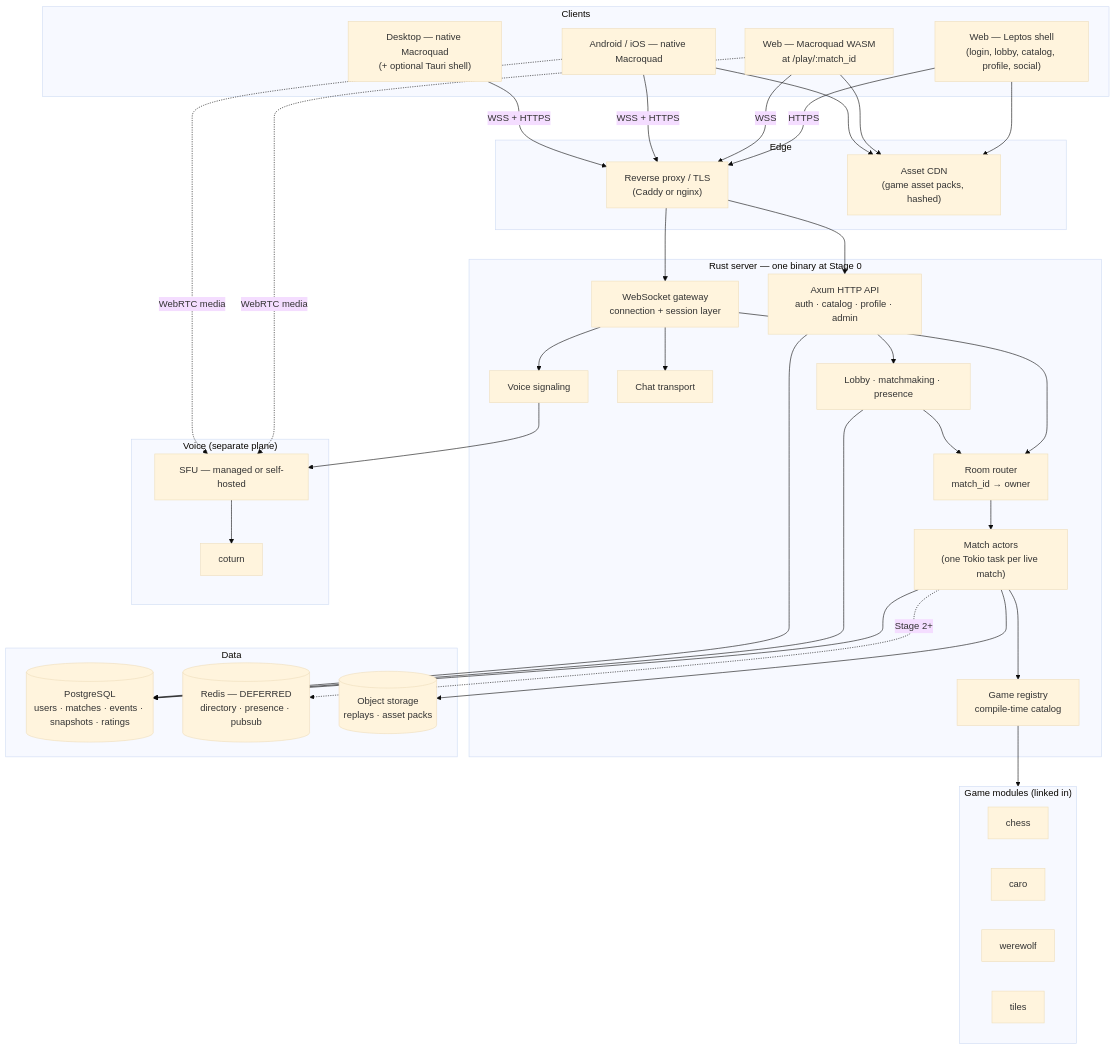
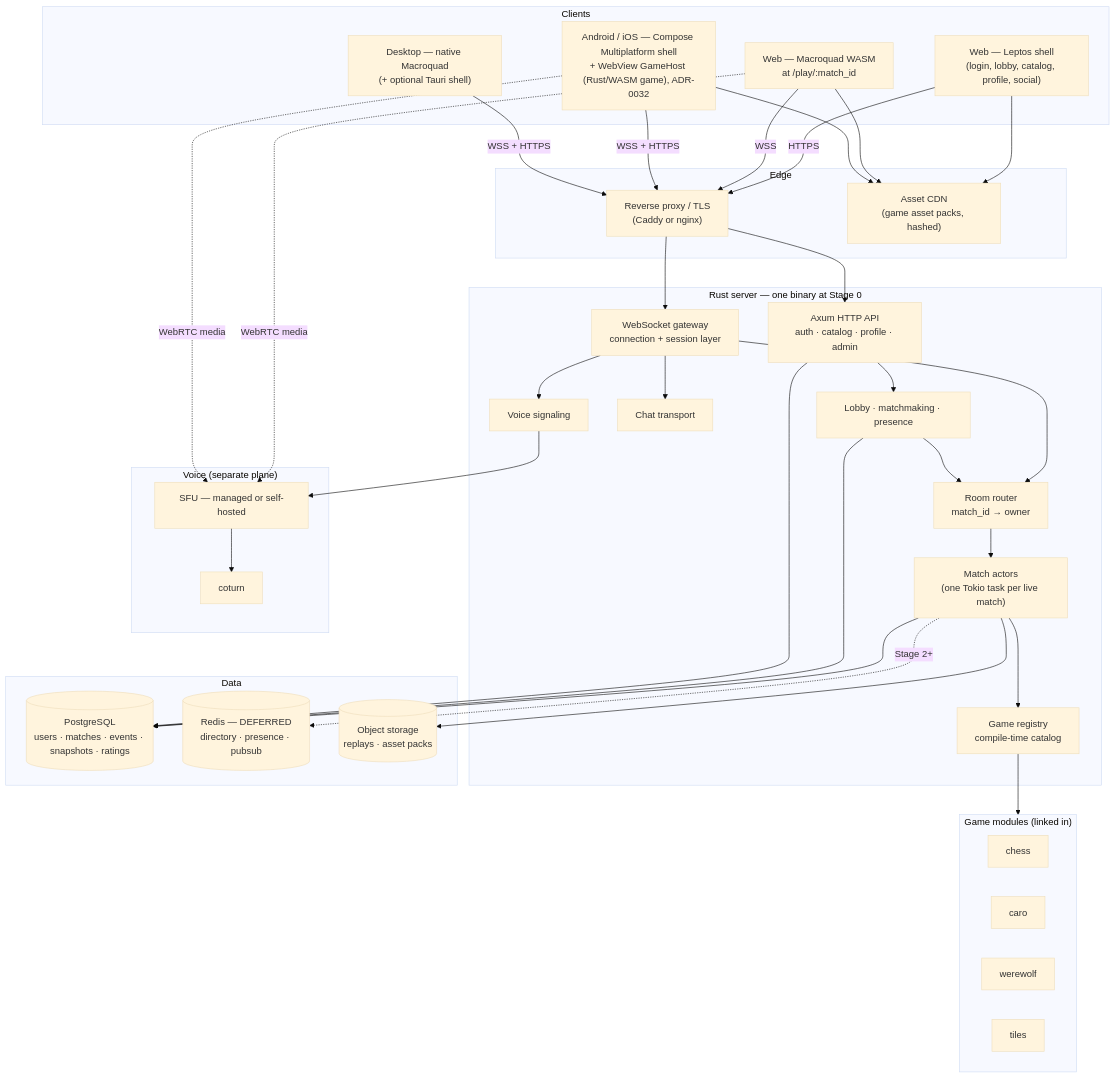
The fourth of 7 diagrams in docs/architecture/00-architecture-principles.md (loveoverflowcom/tabula), drawn with Mermaid (base theme) before and after one commit. The commit also changed other lines of this file and 45 other files, not shown here.

First line of the commit message:
feat(mobile): Compose Multiplatform mobile foundation (ADR-0032)

````diff
--- a/docs/architecture/00-architecture-principles.md
+++ b/docs/architecture/00-architecture-principles.md
@@ -485,68 +485,68 @@
 ```mermaid
 flowchart TB
     subgraph CLIENTS["Clients"]
         WEB["Web — Leptos shell<br/>(login, lobby, catalog, profile, social)"]
         WGAME["Web — Macroquad WASM<br/>at /play/:match_id"]
-        MOB["Android / iOS — native Macroquad"]
+        MOB["Android / iOS — Compose Multiplatform shell<br/>+ WebView GameHost (Rust/WASM game), ADR-0032"]
         DESK["Desktop — native Macroquad<br/>(+ optional Tauri shell)"]
     end
 
     subgraph EDGE["Edge"]
         LB["Reverse proxy / TLS<br/>(Caddy or nginx)"]
         CDN["Asset CDN<br/>(game asset packs, hashed)"]
     end
 
     subgraph SERVER["Rust server — one binary at Stage 0"]
         HTTP["Axum HTTP API<br/>auth · catalog · profile · admin"]
         WS["WebSocket gateway<br/>connection + session layer"]
         ROUTER["Room router<br/>match_id → owner"]
         MATCH["Match actors<br/>(one Tokio task per live match)"]
         REGISTRY["Game registry<br/>compile-time catalog"]
         LOBBY["Lobby · matchmaking · presence"]
         CHAT["Chat transport"]
         VOICESIG["Voice signaling"]
     end
 
     subgraph GAMES["Game modules (linked in)"]
         G1["chess"]
         G2["caro"]
         G3["werewolf"]
         G4["tiles"]
     end
 
     subgraph DATA["Data"]
         PG[("PostgreSQL<br/>users · matches · events · snapshots · ratings")]
         REDIS[("Redis — DEFERRED<br/>directory · presence · pubsub")]
         OBJ[("Object storage<br/>replays · asset packs")]
     end
 
     subgraph VOICE["Voice (separate plane)"]
         TURN["coturn"]
         SFU["SFU — managed or self-hosted"]
     end
 
     WEB -->|HTTPS| LB
     WGAME -->|WSS| LB
     MOB -->|WSS + HTTPS| LB
     DESK -->|WSS + HTTPS| LB
     WEB --> CDN
     WGAME --> CDN
     MOB --> CDN
 
     LB --> HTTP
     LB --> WS
     WS --> ROUTER --> MATCH
     MATCH --> REGISTRY --> GAMES
     HTTP --> LOBBY --> ROUTER
     WS --> CHAT
     WS --> VOICESIG
     MATCH --> PG
     LOBBY --> PG
     HTTP --> PG
     MATCH -.->|Stage 2+| REDIS
     MATCH --> OBJ
     VOICESIG --> SFU
     WGAME -.->|WebRTC media| SFU
     MOB -.->|WebRTC media| SFU
     SFU --> TURN
 ```
````
